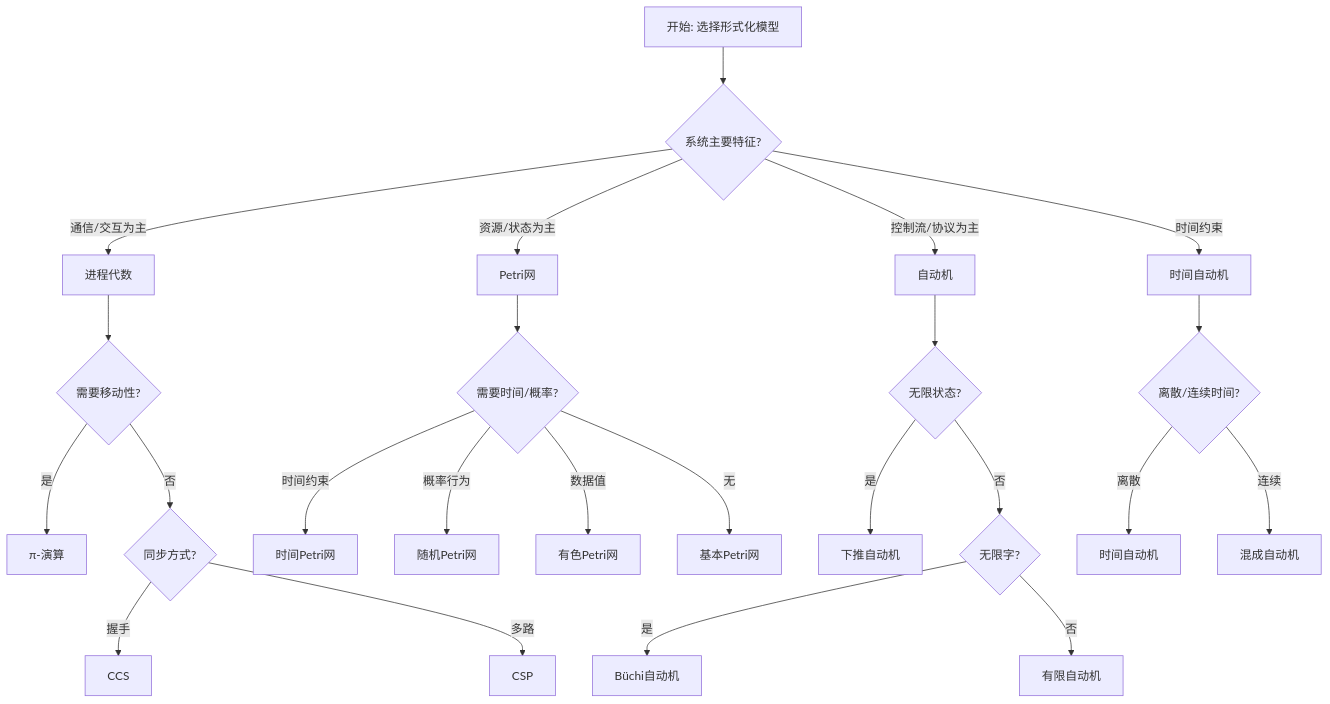
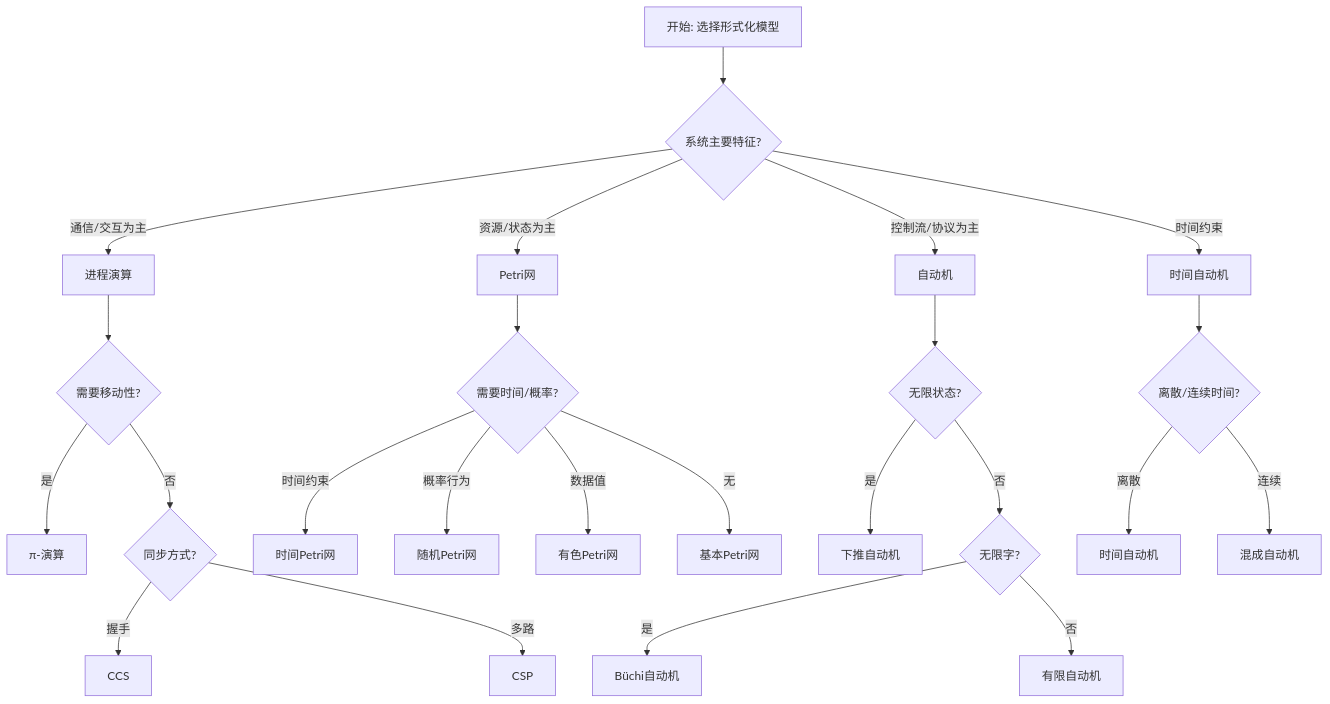
One commit to AdaMartin18010/AnalysisDataFlow changed the first of 6 diagrams in formal-methods/COMPARISON-MODELS.md. Above: the diagram before and after it, drawn with Mermaid. The commit also changed other lines of this file and 129 other files, not shown here.

````diff
--- a/formal-methods/COMPARISON-MODELS.md
+++ b/formal-methods/COMPARISON-MODELS.md
@@ -236,31 +236,31 @@
 ```mermaid
 flowchart TD
     A[开始: 选择形式化模型] --> B{系统主要特征?}
 
-    B -->|通信/交互为主| C[进程代数]
+    B -->|通信/交互为主| C[进程演算]
     B -->|资源/状态为主| D[Petri网]
     B -->|控制流/协议为主| E[自动机]
     B -->|时间约束| F[时间自动机]
 
     C --> C1{需要移动性?}
     C1 -->|是| C2[π-演算]
     C1 -->|否| C3{同步方式?}
     C3 -->|握手| C4[CCS]
     C3 -->|多路| C5[CSP]
 
     D --> D1{需要时间/概率?}
     D1 -->|时间约束| D2[时间Petri网]
     D1 -->|概率行为| D3[随机Petri网]
     D1 -->|数据值| D4[有色Petri网]
     D1 -->|无| D5[基本Petri网]
 
     E --> E1{无限状态?}
     E1 -->|是| E2[下推自动机]
     E1 -->|否| E3{无限字?}
     E3 -->|是| E4[Büchi自动机]
     E3 -->|否| E5[有限自动机]
 
     F --> F1{离散/连续时间?}
     F1 -->|离散| F2[时间自动机]
     F1 -->|连续| F3[混成自动机]
 ```
````
